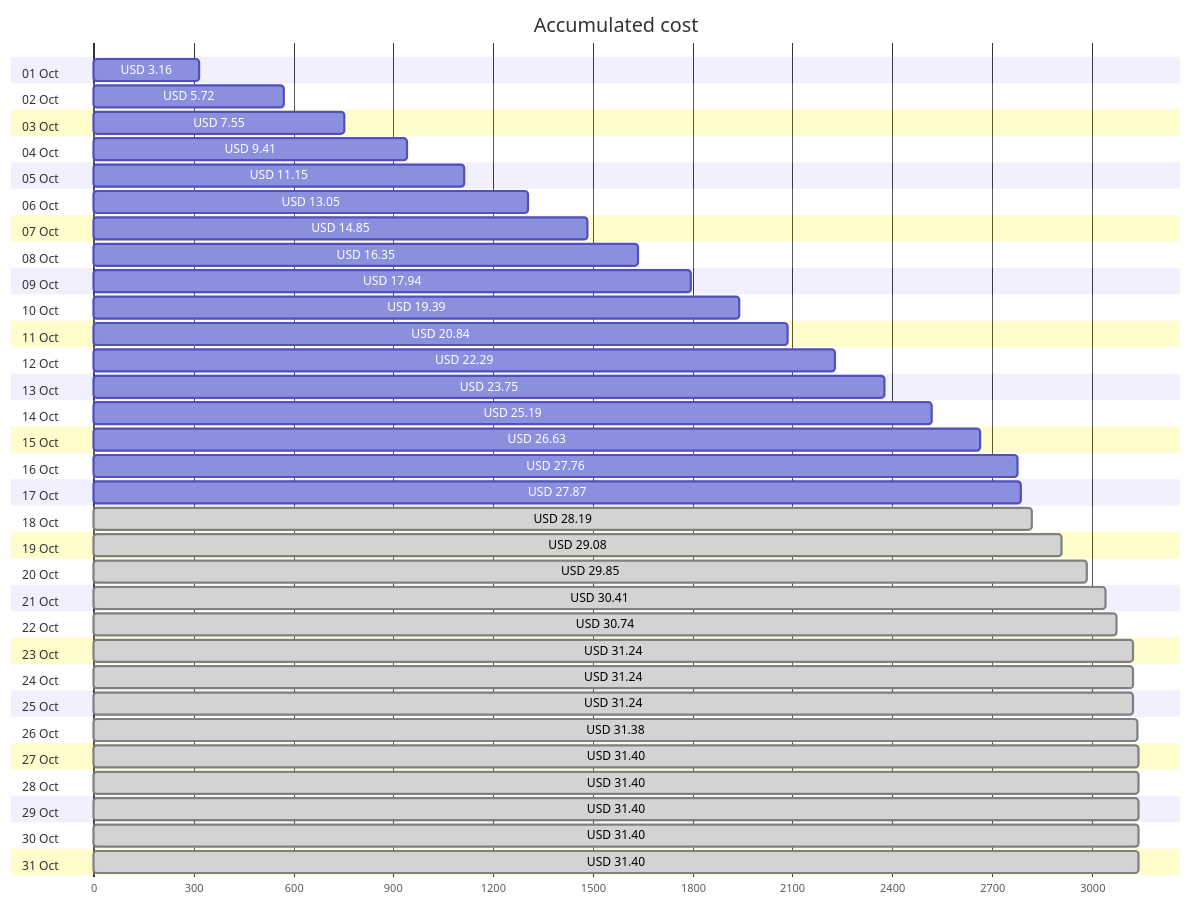
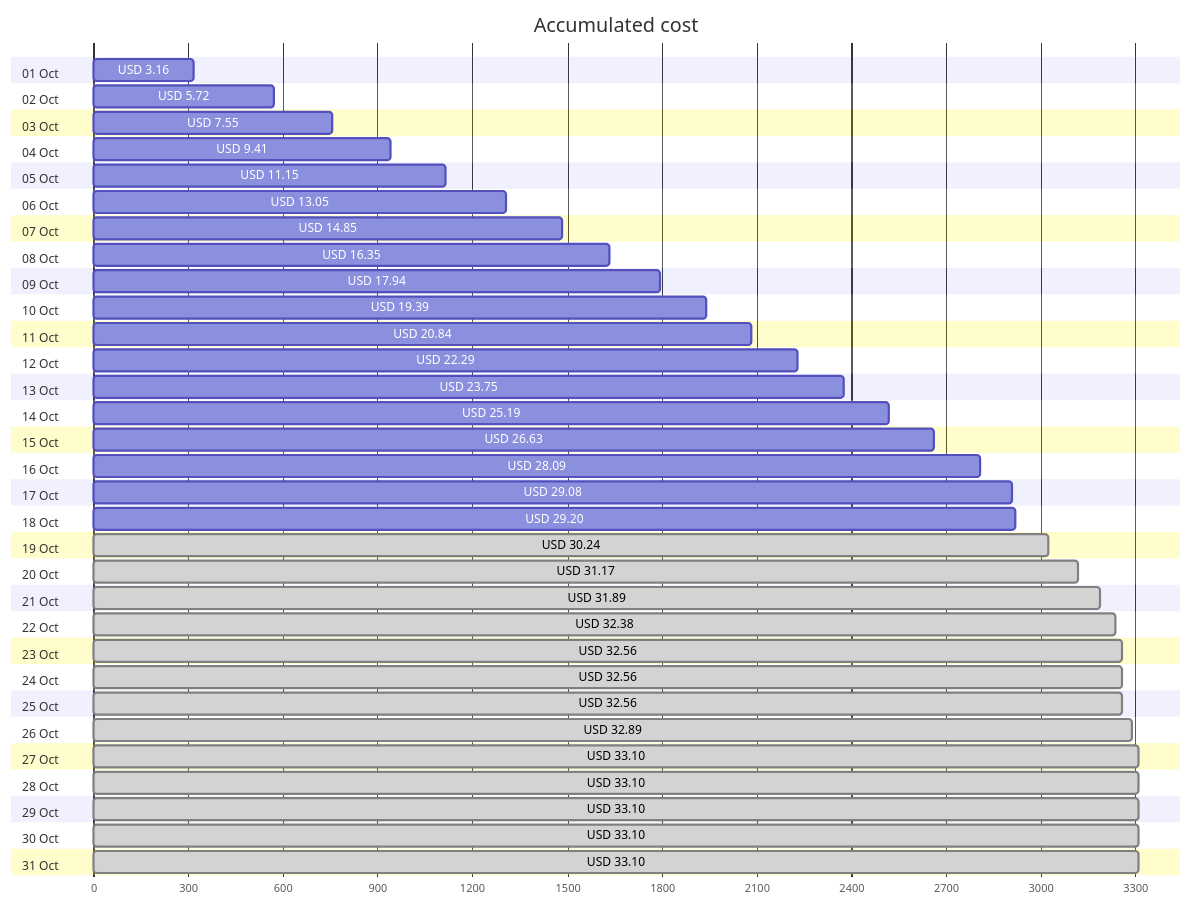
Before and after one commit to jpfulton/azure-personal-reports: the first of 4 diagrams in cost-reports/personal-network/README.md, drawn with Mermaid. The commit also changed other lines of this file and 8 other files, not shown here.

````diff
--- a/cost-reports/personal-network/README.md
+++ b/cost-reports/personal-network/README.md
@@ -20,68 +20,68 @@
 ```mermaid
 gantt
    title Accumulated cost
    dateFormat  X
    axisFormat %s
    section 01 Oct
    USD 3.16 :0, 316
    section 02 Oct
    USD 5.72 :0, 572
    section 03 Oct
    USD 7.55 :0, 755
    section 04 Oct
    USD 9.41 :0, 941
    section 05 Oct
    USD 11.15 :0, 1115
    section 06 Oct
    USD 13.05 :0, 1305
    section 07 Oct
    USD 14.85 :0, 1485
    section 08 Oct
    USD 16.35 :0, 1635
    section 09 Oct
    USD 17.94 :0, 1794
    section 10 Oct
    USD 19.39 :0, 1939
    section 11 Oct
    USD 20.84 :0, 2084
    section 12 Oct
    USD 22.29 :0, 2229
    section 13 Oct
    USD 23.75 :0, 2375
    section 14 Oct
    USD 25.19 :0, 2519
    section 15 Oct
    USD 26.63 :0, 2663
    section 16 Oct
-   USD 27.76 :0, 2776
+   USD 28.09 :0, 2809
    section 17 Oct
-   USD 27.87 :0, 2787
+   USD 29.08 :0, 2908
    section 18 Oct
-   USD 28.19 : done, 0, 2819
+   USD 29.20 :0, 2920
    section 19 Oct
-   USD 29.08 : done, 0, 2908
+   USD 30.24 : done, 0, 3024
    section 20 Oct
-   USD 29.85 : done, 0, 2985
+   USD 31.17 : done, 0, 3117
    section 21 Oct
-   USD 30.41 : done, 0, 3041
+   USD 31.89 : done, 0, 3189
    section 22 Oct
-   USD 30.74 : done, 0, 3074
+   USD 32.38 : done, 0, 3238
    section 23 Oct
-   USD 31.24 : done, 0, 3124
+   USD 32.56 : done, 0, 3256
    section 24 Oct
-   USD 31.24 : done, 0, 3124
+   USD 32.56 : done, 0, 3256
    section 25 Oct
-   USD 31.24 : done, 0, 3124
+   USD 32.56 : done, 0, 3256
    section 26 Oct
-   USD 31.38 : done, 0, 3138
+   USD 32.89 : done, 0, 3289
    section 27 Oct
-   USD 31.40 : done, 0, 3140
+   USD 33.10 : done, 0, 3310
    section 28 Oct
-   USD 31.40 : done, 0, 3140
+   USD 33.10 : done, 0, 3310
    section 29 Oct
-   USD 31.40 : done, 0, 3140
+   USD 33.10 : done, 0, 3310
    section 30 Oct
-   USD 31.40 : done, 0, 3140
+   USD 33.10 : done, 0, 3310
    section 31 Oct
-   USD 31.40 : done, 0, 3140
+   USD 33.10 : done, 0, 3310
 ```
````
